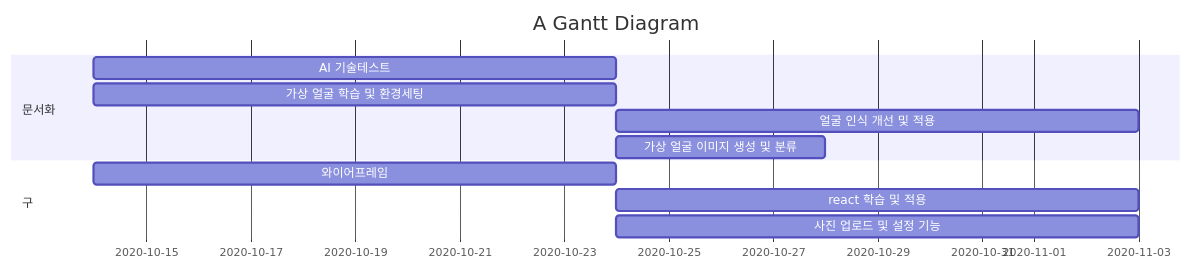
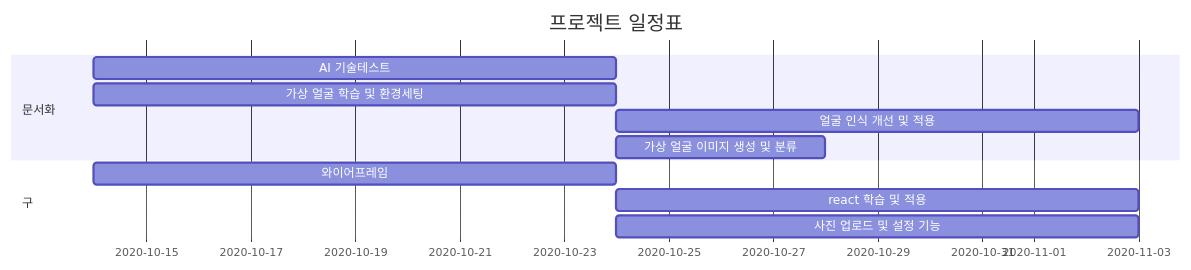
Before and after one commit to mmingu/mmingu: the diagram in README.md, drawn with Mermaid.

````diff
--- a/README.md
+++ b/README.md
@@ -5,16 +5,16 @@
 ```mermaid
 gantt
-    title A Gantt Diagram
+    title 프로젝트 일정표
     dateFormat  YYYY-MM-DD
     section 문서화
     AI 기술테스트  : a1, 2020-10-14, 10d
     가상 얼굴 학습 및 환경세팅  : 2020-10-14, 10d
     얼굴 인식 개선 및 적용 : after a1, 10d
     가상 얼굴 이미지 생성 및 분류 : after a1, 4d
 
     section 구
     와이어프레임     :a1,2020-10-14  , 10d
     react 학습 및 적용 : after a1,  10d
     사진 업로드 및 설정 기능 :after a1 , 10d
 
 ```
````
